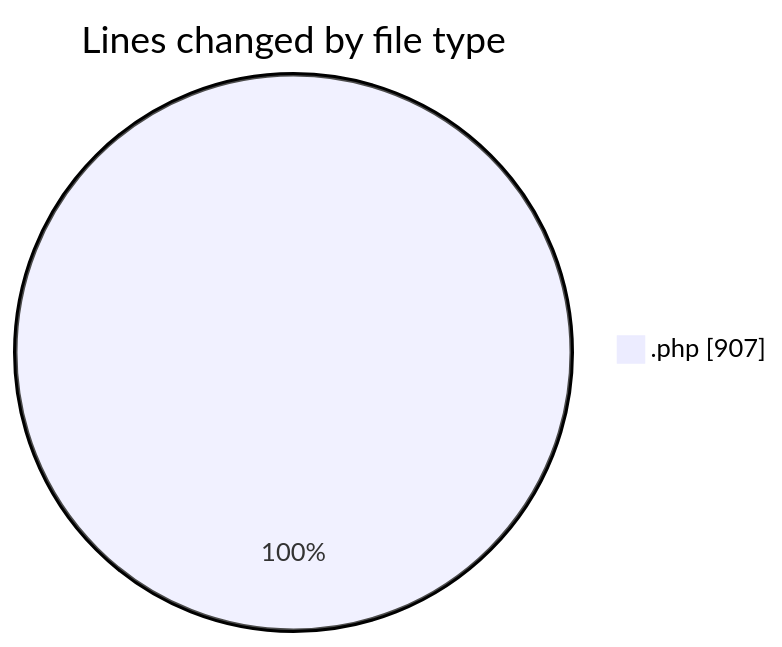
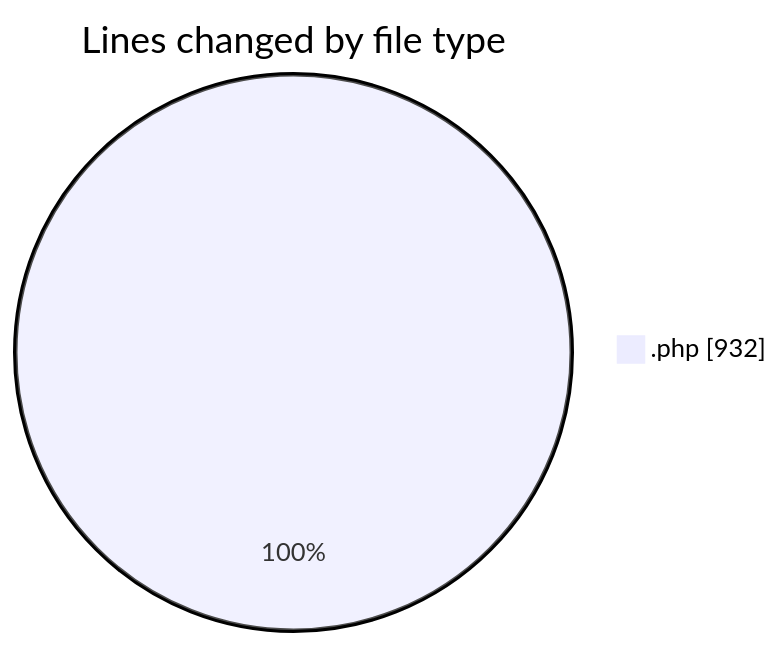
One commit to debugP/code-tracking changed the first of 2 diagrams in 2025-09-25/plugins/README.md. Above: the diagram before and after it, drawn with Mermaid. The commit also changed other lines of this file and 1 other file, not shown here.

````diff
--- a/2025-09-25/plugins/README.md
+++ b/2025-09-25/plugins/README.md
@@ -20,5 +20,5 @@
 ```mermaid
 pie showData
 title Lines changed by file type
-".php" : 907
+".php" : 932
 ```
````
